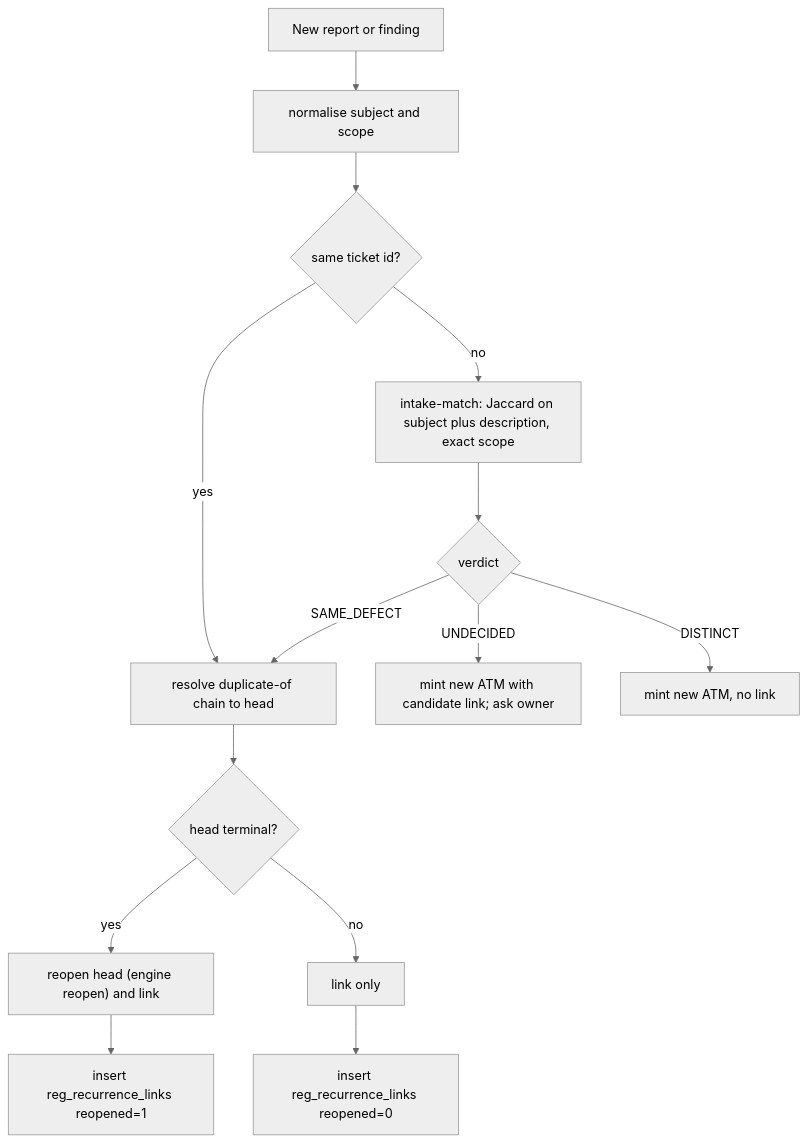
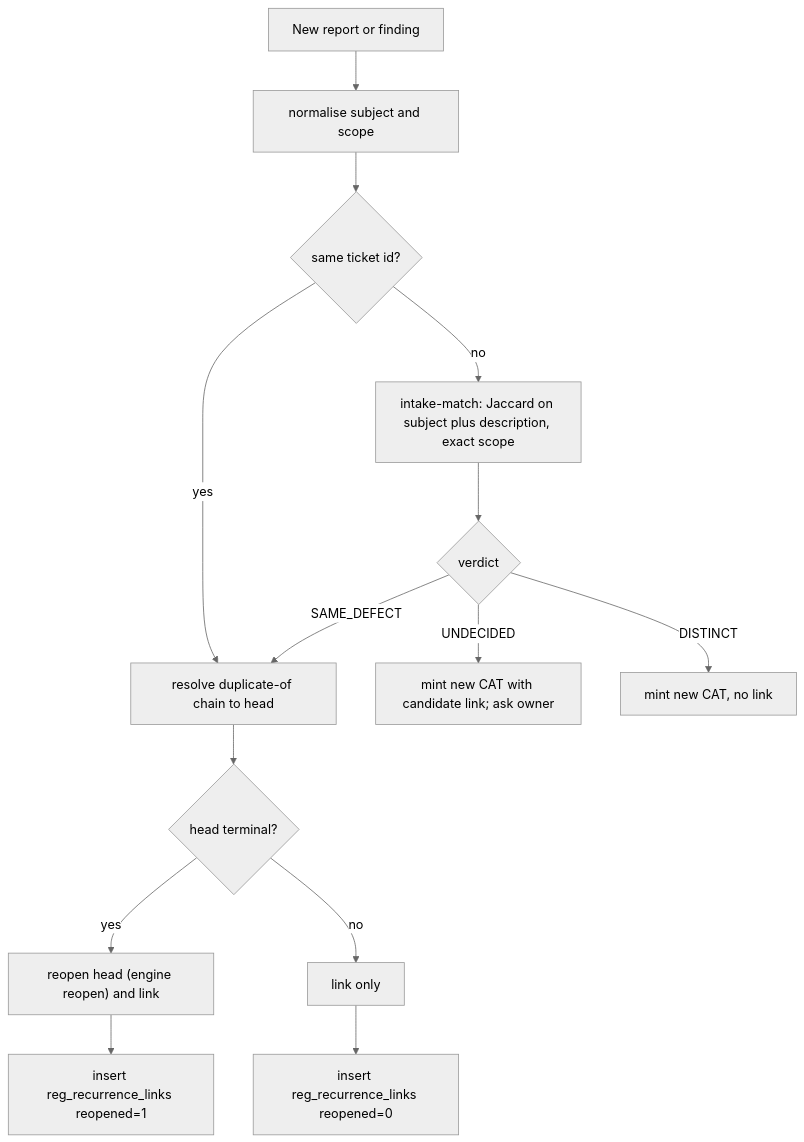
The fourth of 6 diagrams in specs/001-full-project-audit-remediation/docs/04-findings-register-design.md (vasic-digital/catalogizer), drawn with Mermaid (neutral theme) before and after one commit. The commit also changed other lines of this file and 1112 other files, not shown here.

````diff
--- a/specs/001-full-project-audit-remediation/docs/04-findings-register-design.md
+++ b/specs/001-full-project-audit-remediation/docs/04-findings-register-design.md
@@ -1040,16 +1040,16 @@
 ```mermaid
 flowchart TD
   A["New report or finding"] --> B["normalise subject and scope"]
   B --> C{"same ticket id?"}
   C -- yes --> H["resolve duplicate-of chain to head"]
   C -- no --> D["intake-match: Jaccard on subject plus description, exact scope"]
   D --> E{"verdict"}
   E -- SAME_DEFECT --> H
-  E -- UNDECIDED --> U["mint new ATM with candidate link; ask owner"]
-  E -- DISTINCT --> M["mint new ATM, no link"]
+  E -- UNDECIDED --> U["mint new CAT with candidate link; ask owner"]
+  E -- DISTINCT --> M["mint new CAT, no link"]
   H --> T{"head terminal?"}
   T -- yes --> R["reopen head (engine reopen) and link"]
   T -- no --> L["link only"]
   R --> LOG["insert reg_recurrence_links reopened=1"]
   L --> LOG2["insert reg_recurrence_links reopened=0"]
 ```
````
